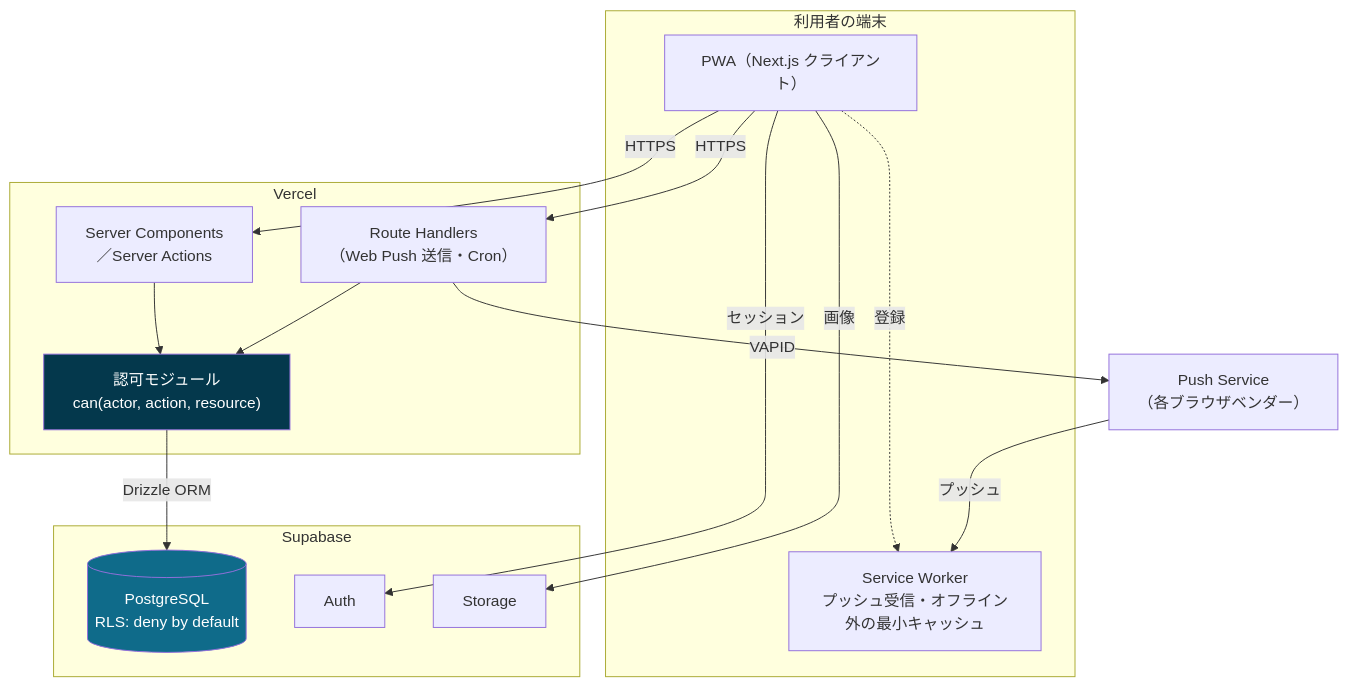
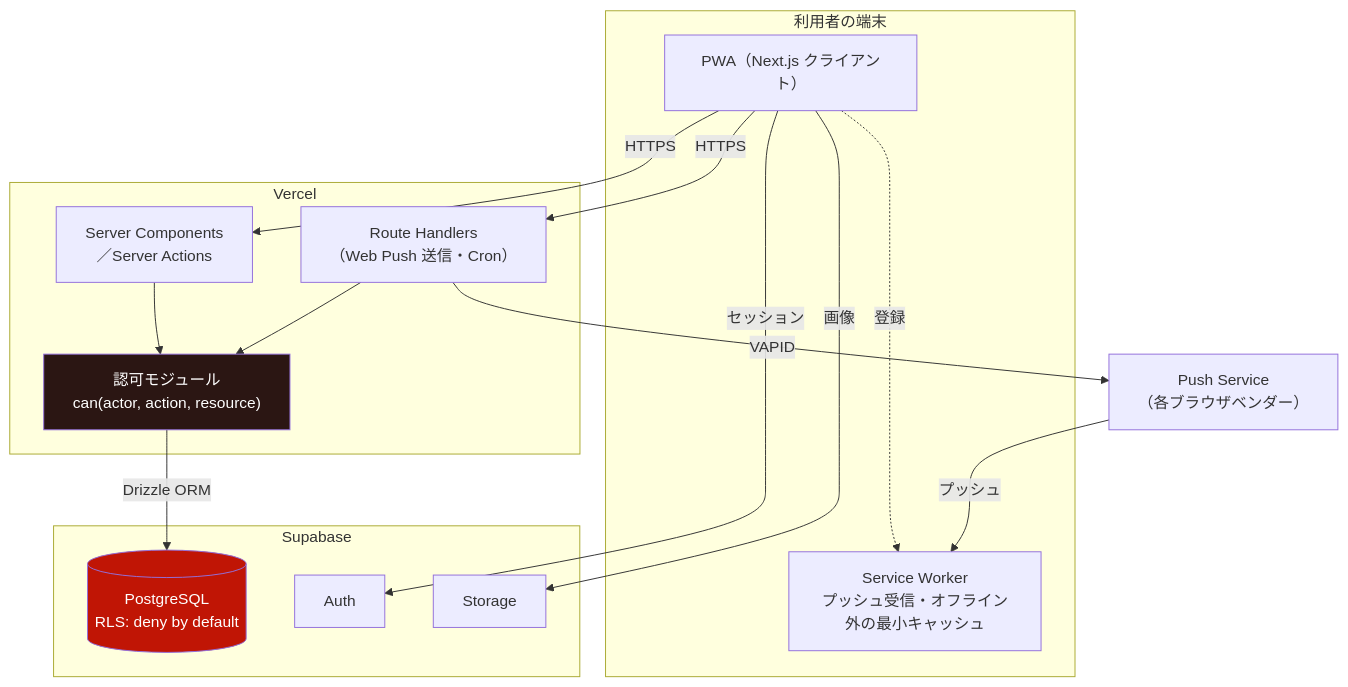
One commit to GitHatake/RoveringNow changed the first of 3 diagrams in docs/10_source/02_architecture.md. Above: the diagram before and after it, drawn with Mermaid. The commit also changed 8 other files, not shown here.

````diff
--- a/docs/10_source/02_architecture.md
+++ b/docs/10_source/02_architecture.md
@@ -147,35 +147,35 @@
 ```mermaid
 flowchart TB
     subgraph Client["利用者の端末"]
         PWA["PWA（Next.js クライアント）"]
         SW["Service Worker<br/>プッシュ受信・オフライン外の最小キャッシュ"]
         PWA -.登録.-> SW
     end
 
     subgraph Vercel["Vercel"]
         RSC["Server Components<br/>／Server Actions"]
         API["Route Handlers<br/>（Web Push 送信・Cron）"]
         Policy["認可モジュール<br/>can(actor, action, resource)"]
         RSC --> Policy
         API --> Policy
     end
 
     subgraph Supabase["Supabase"]
         PG[("PostgreSQL<br/>RLS: deny by default")]
         Auth["Auth"]
         Storage["Storage"]
     end
 
     Push["Push Service<br/>（各ブラウザベンダー）"]
 
     PWA -->|HTTPS| RSC
     PWA -->|HTTPS| API
     Policy -->|Drizzle ORM| PG
     PWA -->|セッション| Auth
     PWA -->|画像| Storage
     API -->|VAPID| Push
     Push -->|プッシュ| SW
 
-    style Policy fill:#04384c,color:#fff
-    style PG fill:#0f6b8a,color:#fff
+    style Policy fill:#2b1613,color:#fff
+    style PG fill:#c01505,color:#fff
 ```
````
